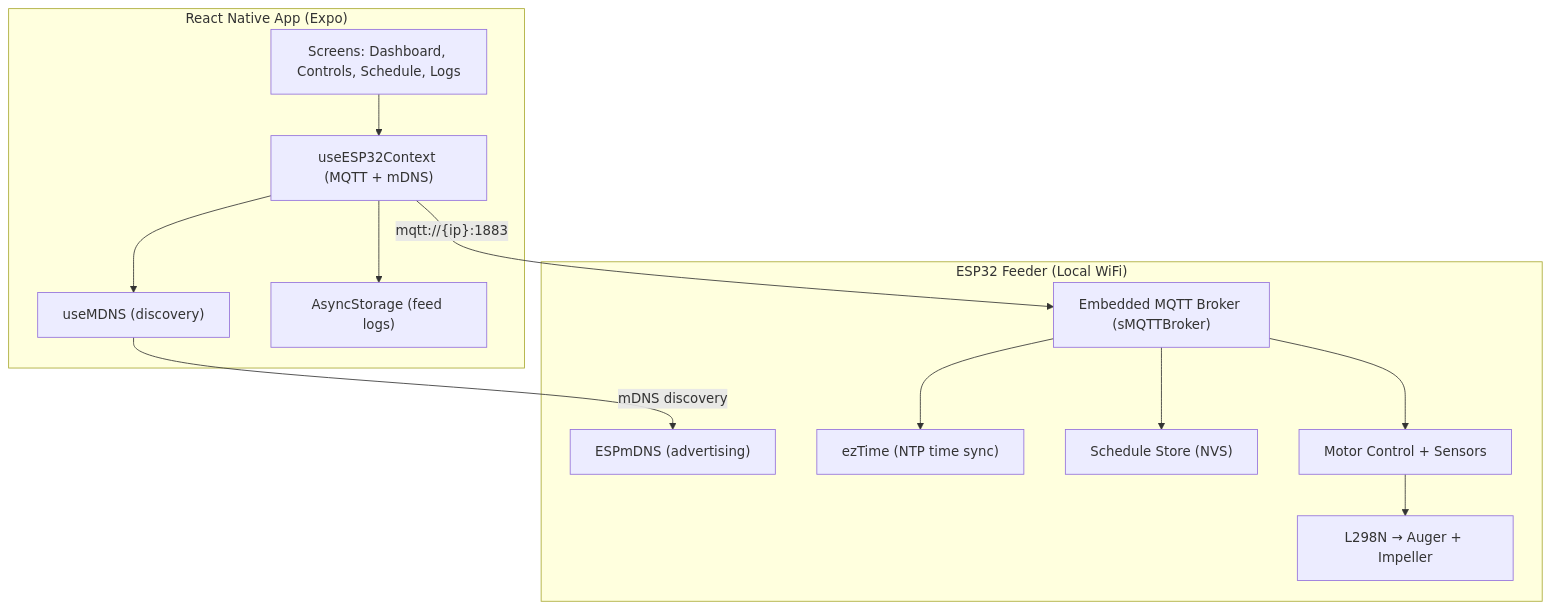
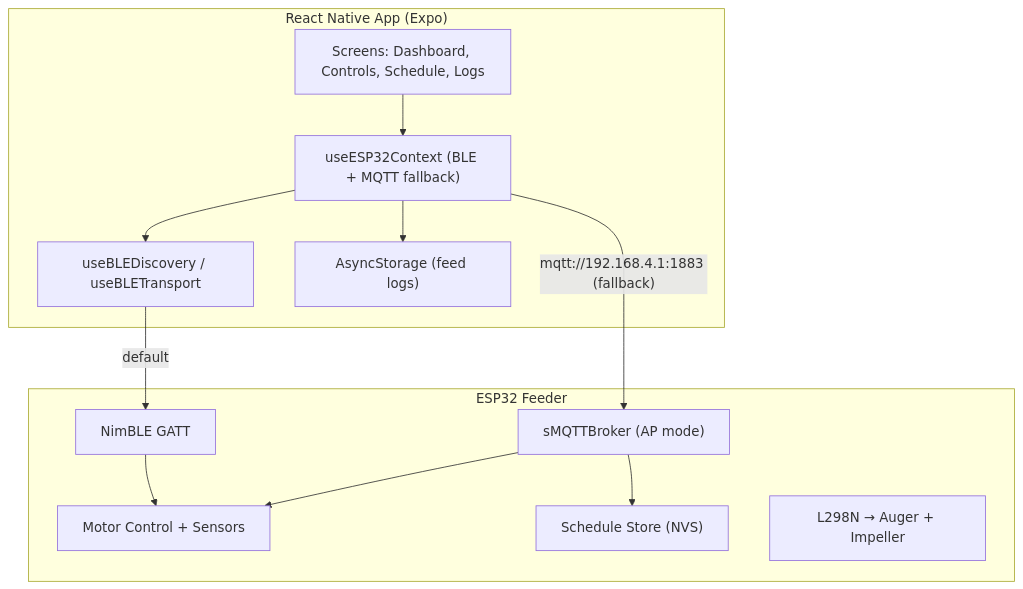
Before and after one commit to Jezerwel/floyd-app: the diagram in codebase.md, drawn with Mermaid. The commit also changed other lines of this file and 20 other files, not shown here.

First line of the commit message:
feat: implement BLE support and update app configuration for Floyd Feeder

````diff
--- a/codebase.md
+++ b/codebase.md
@@ -9,26 +9,24 @@
 ```mermaid
 graph TB
     subgraph App["React Native App (Expo)"]
         UI["Screens: Dashboard, Controls, Schedule, Logs"]
-        CTX["useESP32Context (MQTT + mDNS)"]
-        MDNS["useMDNS (discovery)"]
+        CTX["useESP32Context (BLE + MQTT fallback)"]
+        BLEH["useBLEDiscovery / useBLETransport"]
         AS["AsyncStorage (feed logs)"]
     end
-    subgraph HW["ESP32 Feeder (Local WiFi)"]
-        BROKER["Embedded MQTT Broker (sMQTTBroker)"]
-        MDNS2["ESPmDNS (advertising)"]
-        NTP["ezTime (NTP time sync)"]
+    subgraph HW["ESP32 Feeder"]
+        BLEE["NimBLE GATT"]
+        BROKER["sMQTTBroker (AP mode)"]
         SCHED["Schedule Store (NVS)"]
         FW["Motor Control + Sensors"]
         L298N["L298N → Auger + Impeller"]
     end
     UI --> CTX
-    CTX --> MDNS
-    MDNS -- mDNS discovery --> MDNS2
-    CTX -- mqtt://{ip}:1883 --> BROKER
+    CTX --> BLEH
     CTX --> AS
+    BLEH -- "default" --> BLEE
+    CTX -- "mqtt://192.168.4.1:1883 (fallback)" --> BROKER
+    BLEE --> FW
     BROKER --> FW
-    FW --> L298N
     BROKER --> SCHED
-    BROKER --> NTP
 ```
````
